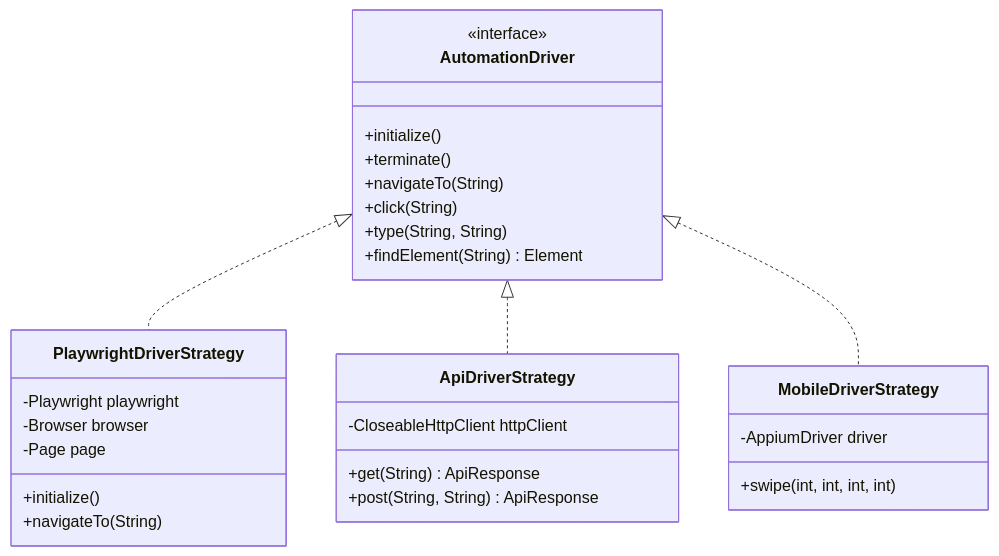
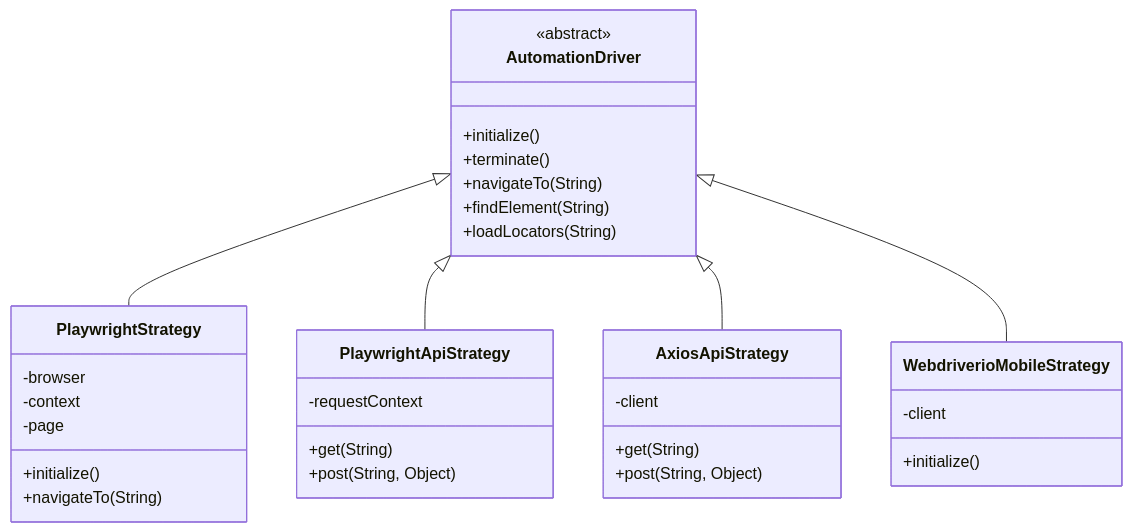
Before and after one commit to vinipx/taflex: the second of 4 diagrams in documentation/docs/architecture/overview.md, drawn with Mermaid. The commit also changed other lines of this file and 69 other files, not shown here.

````diff
--- a/documentation/docs/architecture/overview.md
+++ b/documentation/docs/architecture/overview.md
@@ -95,35 +85,41 @@
 ```mermaid
 classDiagram
     class AutomationDriver {
-        <<interface>>
+        <<abstract>>
         +initialize()
         +terminate()
         +navigateTo(String)
-        +click(String)
-        +type(String, String)
-        +findElement(String) Element
+        +findElement(String)
+        +loadLocators(String)
     }
 
-    class PlaywrightDriverStrategy {
-        -Playwright playwright
-        -Browser browser
-        -Page page
+    class PlaywrightStrategy {
+        -browser
+        -context
+        -page
         +initialize()
         +navigateTo(String)
     }
 
-    class ApiDriverStrategy {
-        -CloseableHttpClient httpClient
-        +get(String) ApiResponse
-        +post(String, String) ApiResponse
+    class PlaywrightApiStrategy {
+        -requestContext
+        +get(String)
+        +post(String, Object)
     }
 
-    class MobileDriverStrategy {
-        -AppiumDriver driver
-        +swipe(int, int, int, int)
+    class WebdriverioMobileStrategy {
+        -client
+        +initialize()
     }
 
-    AutomationDriver <|.. PlaywrightDriverStrategy
-    AutomationDriver <|.. ApiDriverStrategy
-    AutomationDriver <|.. MobileDriverStrategy
+    class AxiosApiStrategy {
+        -client
+        +get(String)
+        +post(String, Object)
+    }
+
+    AutomationDriver <|-- PlaywrightStrategy
+    AutomationDriver <|-- PlaywrightApiStrategy
+    AutomationDriver <|-- AxiosApiStrategy
+    AutomationDriver <|-- WebdriverioMobileStrategy
 ```
````
